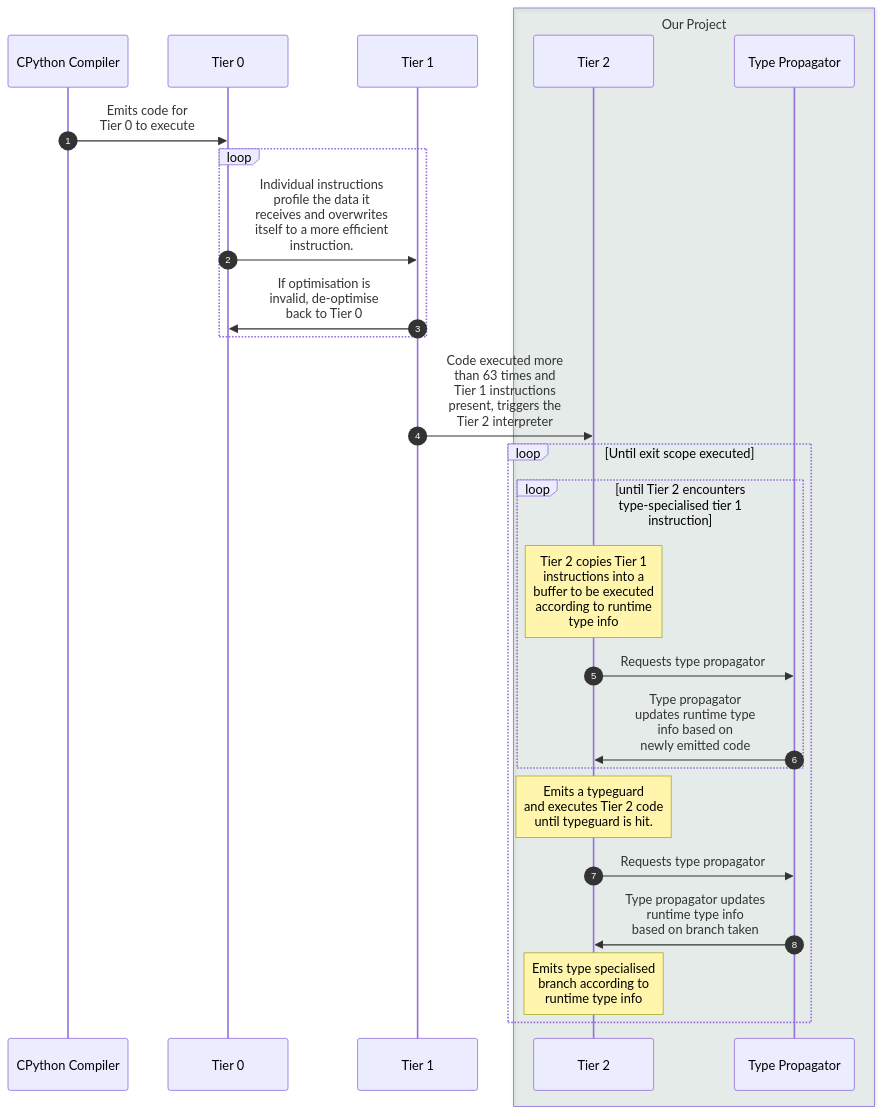
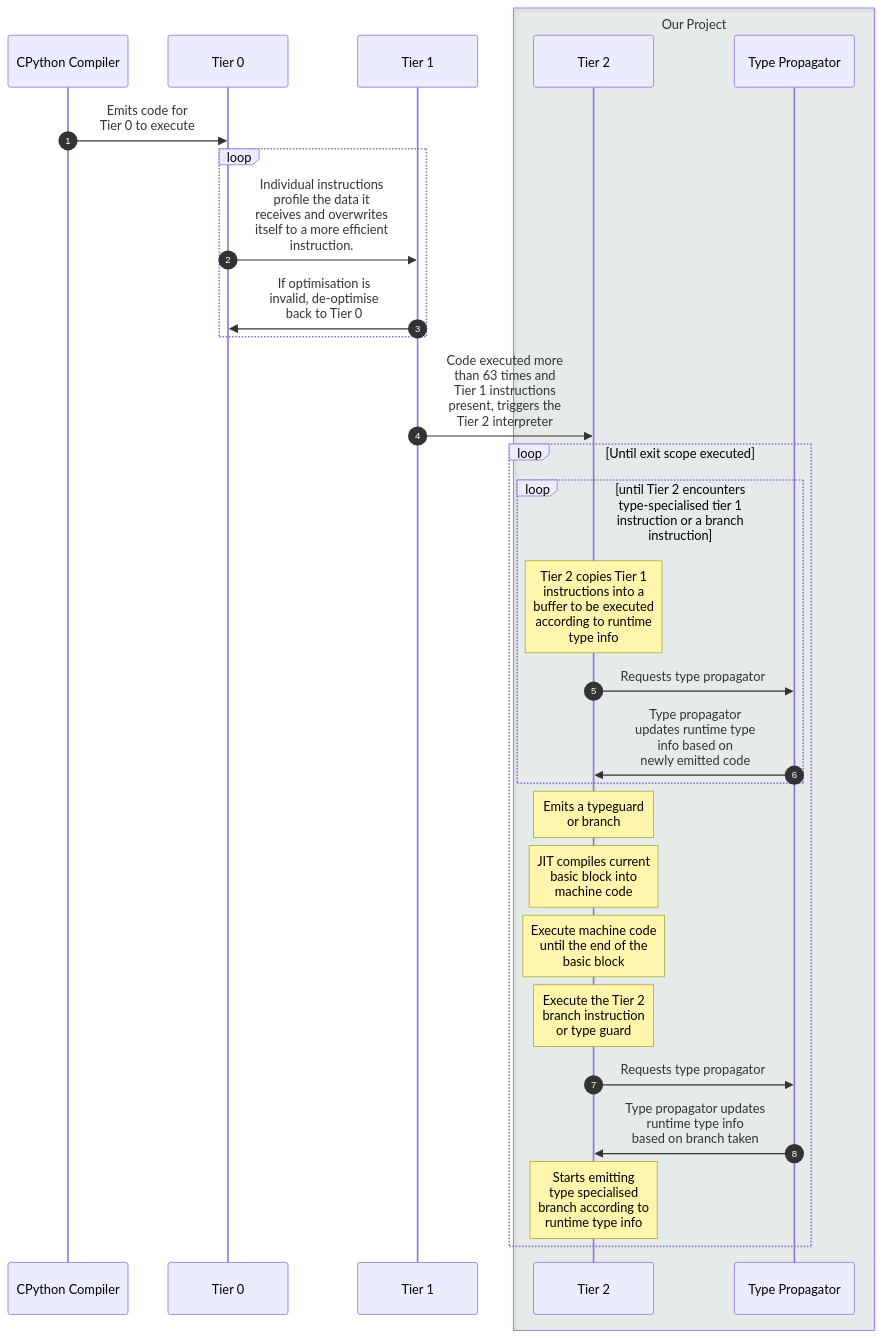
The second of 2 diagrams in README.md (pylbbv/pylbbv), drawn with Mermaid before and after one commit. The commit also changed other lines of this file, not shown here.

Commit message:
docs: update readme with JIT (#75)

````diff
--- a/README.md
+++ b/README.md
@@ -86,28 +119,31 @@
 ```mermaid
 sequenceDiagram
     autonumber
     participant CPython Compiler
     participant Tier 0
     participant Tier 1
     box rgba(66,120,99,0.1) Our Project
         participant Tier 2
         participant Type Propagator
     end
     CPython Compiler ->> Tier 0: Emits code for <br> Tier 0 to execute
     loop 
         Tier 0 ->> Tier 1: Individual instructions <br>profile the data it <br> receives and overwrites <br>  itself to a more efficient <br> instruction.
         Tier 1 ->> Tier 0: If optimisation is <br> invalid, de-optimise <br> back to Tier 0
     end
     Tier 1 ->> Tier 2: Code executed more <br> than 63 times and <br> Tier 1 instructions <br> present, triggers the <br> Tier 2 interpreter
     loop Until exit scope executed
-        loop until Tier 2 encounters type-specialised tier 1 instruction
+        loop until Tier 2 encounters type-specialised tier 1 instruction or a branch instruction
             Note over Tier 2: Tier 2 copies Tier 1 <br> instructions into a <br> buffer to be executed <br> according to runtime <br> type info
             Tier 2 ->> Type Propagator: Requests type propagator 
             Type Propagator ->> Tier 2: Type propagator <br> updates runtime type <br> info based on <br>newly emitted code
         end
-        Note over Tier 2: Emits a typeguard <br> and executes Tier 2 code <br> until typeguard is hit.
+        Note over Tier 2: Emits a typeguard <br> or branch
+        Note over Tier 2: JIT compiles current <br> basic block into <br> machine code
+        Note over Tier 2: Execute machine code <br> until the end of the <br> basic block
+        Note over Tier 2: Execute the Tier 2 <br> branch instruction <br> or type guard
         Tier 2 ->> Type Propagator: Requests type propagator
         Type Propagator ->> Tier 2: Type propagator updates <br> runtime type info <br> based on  branch taken
-        Note over Tier 2: Emits type specialised <br> branch according to <br> runtime type info
+        Note over Tier 2: Starts emitting <br> type specialised <br> branch according to <br> runtime type info
     end
 ```
````
